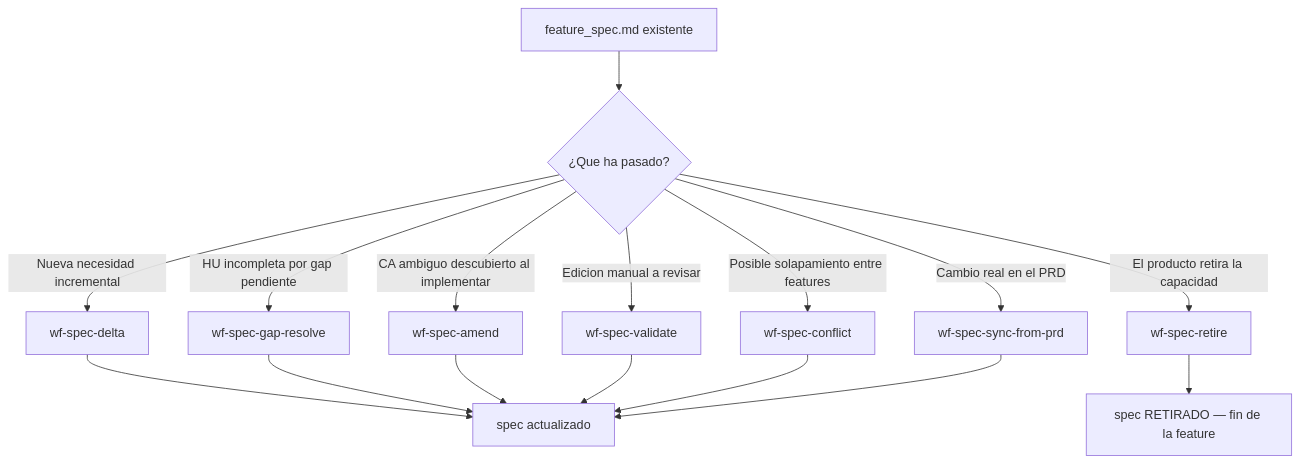
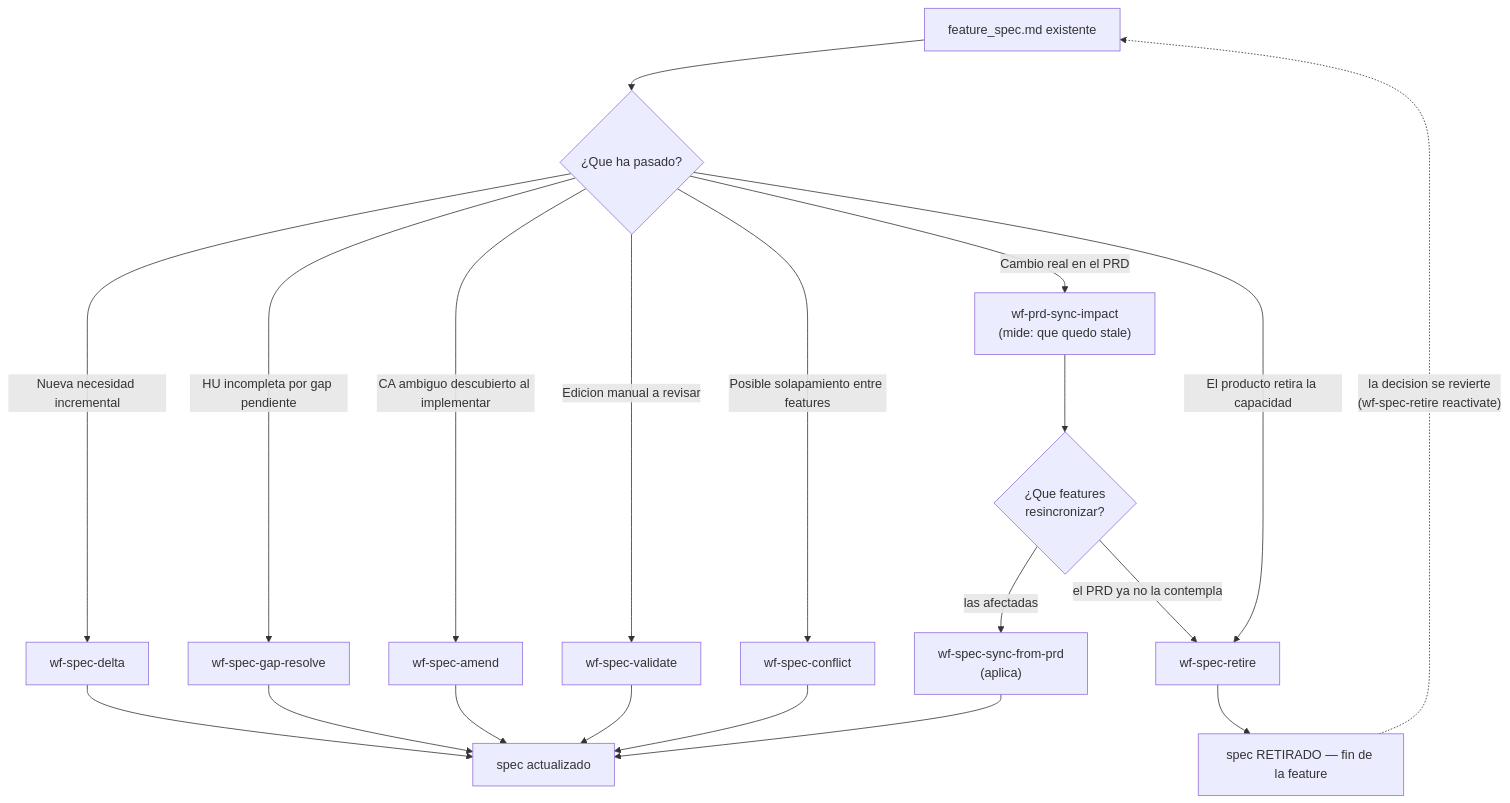
The fourth of 4 diagrams in sdd/pipeline/spec/DIAGRAMS.md (OspofeDeveloper/ai-dev-agents-lab), drawn with Mermaid before and after one commit. The commit also changed other lines of this file and 63 other files, not shown here.

````diff
--- a/sdd/pipeline/spec/DIAGRAMS.md
+++ b/sdd/pipeline/spec/DIAGRAMS.md
@@ -118,21 +118,27 @@
 ```mermaid
 flowchart TD
     Existing[feature_spec.md existente]
     Existing --> ChangeType{"¿Que ha pasado?"}
 
     ChangeType -->|Nueva necesidad incremental| Delta["wf-spec-delta"]
     ChangeType -->|HU incompleta por gap pendiente| Gap["wf-spec-gap-resolve"]
     ChangeType -->|CA ambiguo descubierto al implementar| Amend["wf-spec-amend"]
     ChangeType -->|Edicion manual a revisar| Validate["wf-spec-validate"]
     ChangeType -->|Posible solapamiento entre features| Conflict["wf-spec-conflict"]
-    ChangeType -->|Cambio real en el PRD| Sync["wf-spec-sync-from-prd"]
+    ChangeType -->|Cambio real en el PRD| Impact["wf-prd-sync-impact<br/>(mide: que quedo stale)"]
     ChangeType -->|El producto retira la capacidad| Retire["wf-spec-retire"]
+
+    Impact --> Decide{"¿Que features<br/>resincronizar?"}
+    Decide -->|las afectadas| Sync["wf-spec-sync-from-prd<br/>(aplica)"]
+    Decide -->|el PRD ya no la contempla| Retire
 
     Delta --> Updated[spec actualizado]
     Gap --> Updated
     Amend --> Updated
     Validate --> Updated
     Conflict --> Updated
     Sync --> Updated
     Retire --> Retired["spec RETIRADO — fin de la feature"]
+
+    Retired -.->|"la decision se revierte<br/>(wf-spec-retire reactivate)"| Existing
 ```
````
